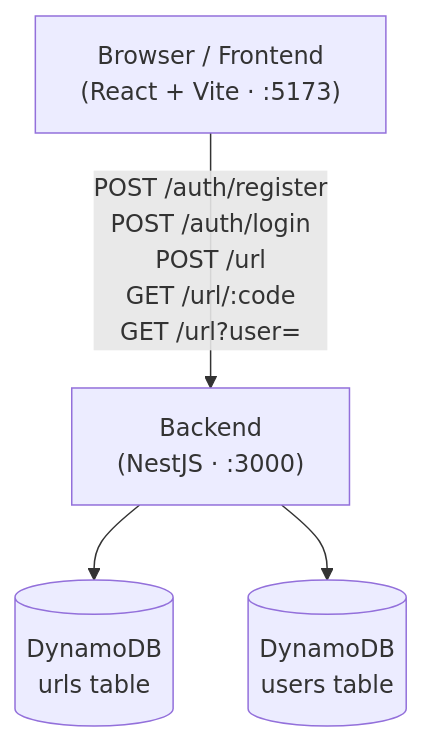
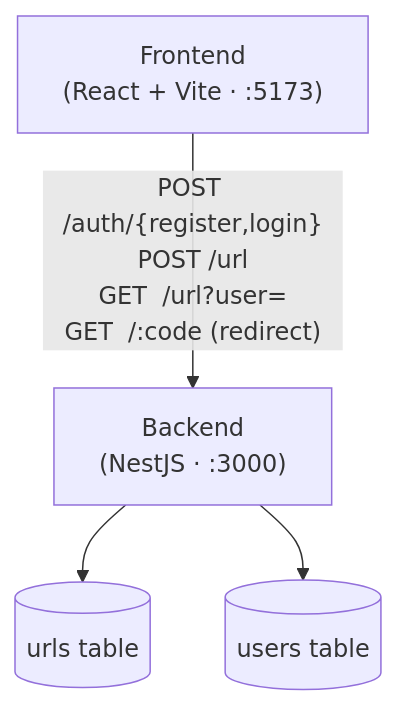
The diagram in README.md (yoelsadriant/url-shortener), drawn with Mermaid before and after one commit. The commit also changed other lines of this file and 56 other files, not shown here.

Commit message:
Url-Shortener - BE FE add user management just like bitly

````diff
--- a/README.md
+++ b/README.md
@@ -7,11 +29,11 @@
 ```mermaid
 graph TD
-    Browser["Browser / Frontend\n(React + Vite · :5173)"]
+    Browser["Frontend\n(React + Vite · :5173)"]
     Backend["Backend\n(NestJS · :3000)"]
-    DDB_urls[("DynamoDB\nurls table")]
-    DDB_users[("DynamoDB\nusers table")]
+    DDB_urls[("urls table")]
+    DDB_users[("users table")]
 
-    Browser -->|"POST /auth/register\nPOST /auth/login\nPOST /url\nGET  /url/:code\nGET  /url?user="| Backend
+    Browser -->|"POST /auth/{register,login}\nPOST /url\nGET  /url?user=\nGET  /:code (redirect)"| Backend
     Backend --> DDB_urls
     Backend --> DDB_users
 ```
````
